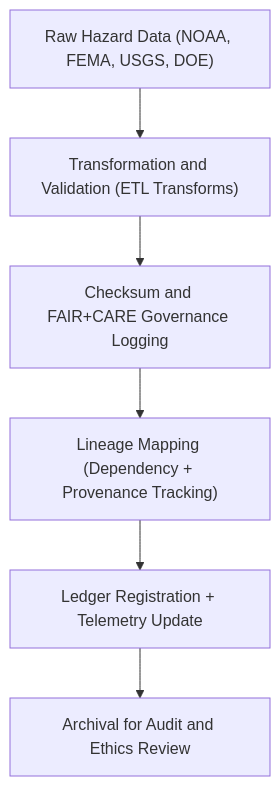
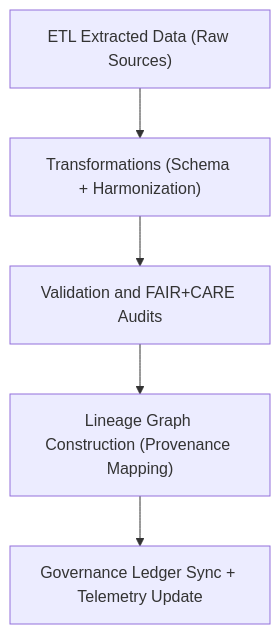
The diagram in data/work/tmp/hazards/logs/etl/lineage/README.md (bartytime4life/Kansas-Frontier-Matrix), drawn with Mermaid before and after one commit. The commit also changed other lines of this file, not shown here.

````diff
--- a/data/work/tmp/hazards/logs/etl/lineage/README.md
+++ b/data/work/tmp/hazards/logs/etl/lineage/README.md
@@ -69,8 +68,7 @@
 ```mermaid
 flowchart TD
-    A["Raw Hazard Data (NOAA, FEMA, USGS, DOE)"] --> B["Transformation and Validation (ETL Transforms)"]
-    B --> C["Checksum and FAIR+CARE Governance Logging"]
-    C --> D["Lineage Mapping (Dependency + Provenance Tracking)"]
-    D --> E["Ledger Registration + Telemetry Update"]
-    E --> F["Archival for Audit and Ethics Review"]
+    A["ETL Extracted Data (Raw Sources)"] --> B["Transformations (Schema + Harmonization)"]
+    B --> C["Validation and FAIR+CARE Audits"]
+    C --> D["Lineage Graph Construction (Provenance Mapping)"]
+    D --> E["Governance Ledger Sync + Telemetry Update"]
 ```
````
